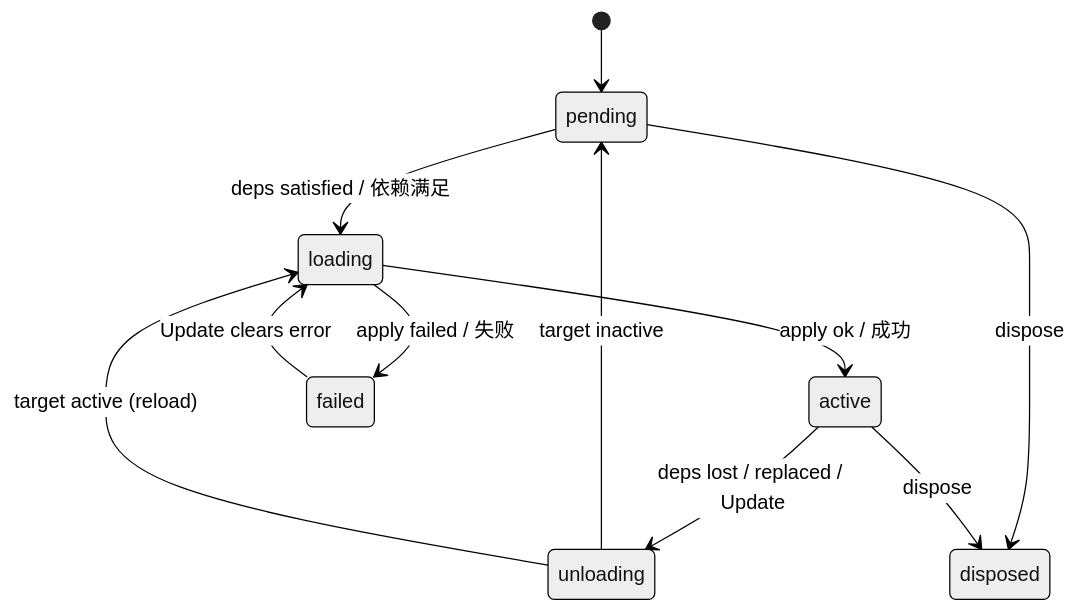
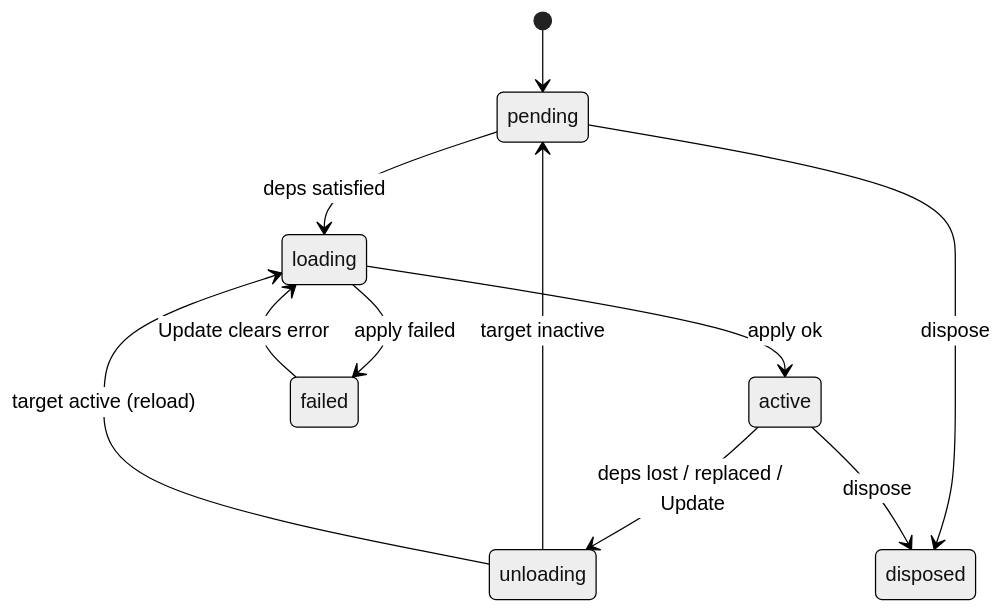
One commit to corecraft-io/cordis changed the second of 2 diagrams in README.md. Above: the diagram before and after it, drawn with Mermaid (neutral theme). The commit also changed other lines of this file and 1 other file, not shown here.

````diff
--- a/README.md
+++ b/README.md
@@ -307,13 +256,13 @@
 ```mermaid
 stateDiagram-v2
     [*] --> pending
-    pending --> loading: deps satisfied / 依赖满足
-    loading --> active: apply ok / 成功
-    loading --> failed: apply failed / 失败
+    pending --> loading: deps satisfied
+    loading --> active: apply ok
+    loading --> failed: apply failed
     active --> unloading: deps lost / replaced / Update
     unloading --> pending: target inactive
     unloading --> loading: target active (reload)
     failed --> loading: Update clears error
     pending --> disposed: dispose
     active --> disposed: dispose
 ```
````
